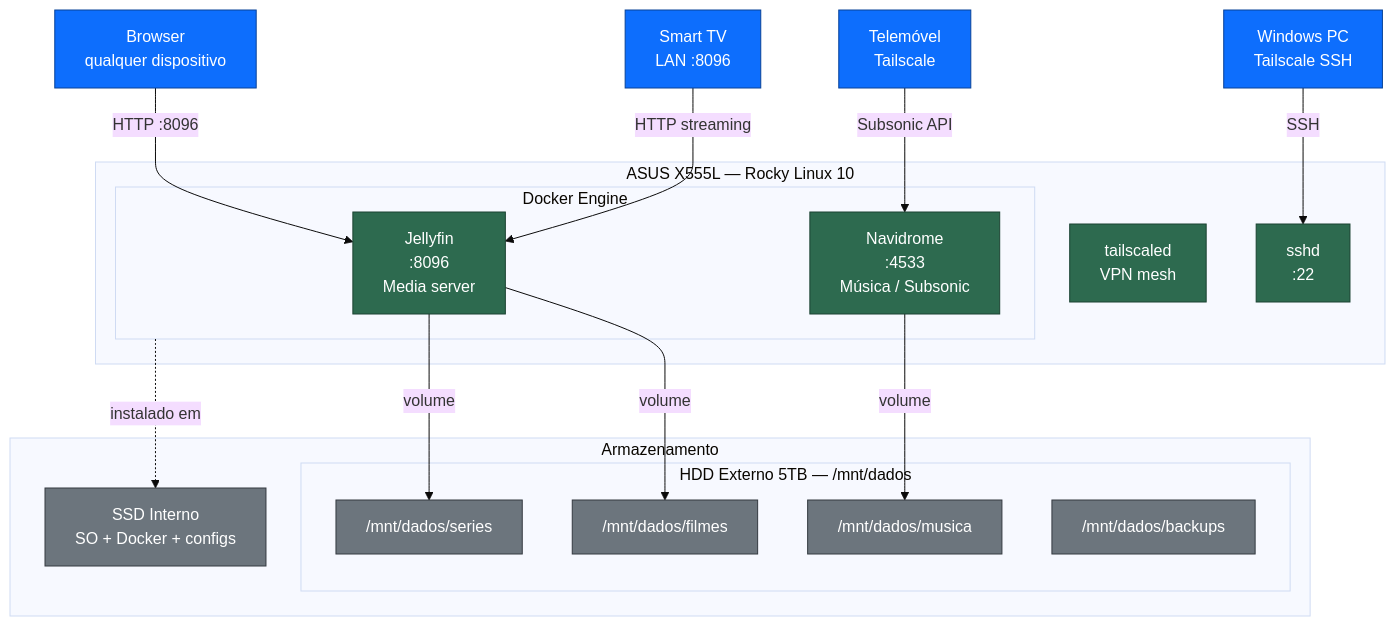
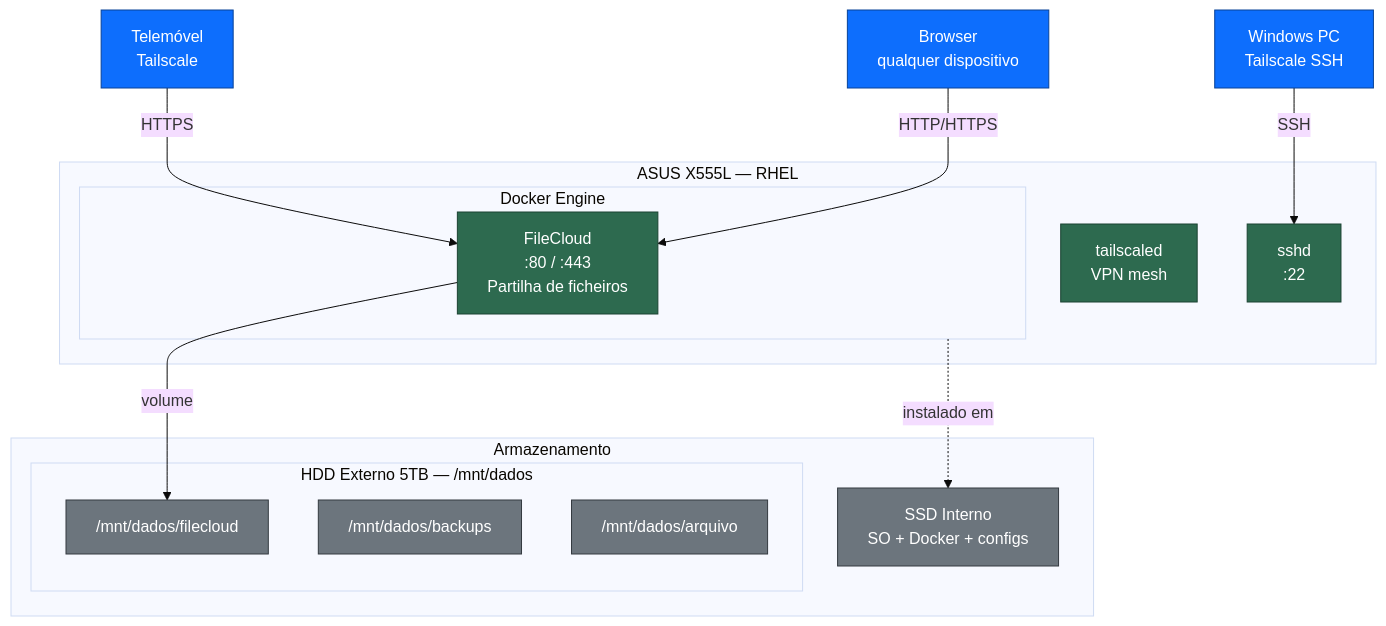
The second of 3 diagrams in docs/diagrama-rede.md (Kroatoan1979/001-26-home-server), drawn with Mermaid (base theme) before and after one commit. The commit also changed other lines of this file and 28 other files, not shown here.

First line of the commit message:
docs: planear migração Rocky Linux -> RHEL e substituir Jellyfin/Navidrome por FileCloud

````diff
--- a/docs/diagrama-rede.md
+++ b/docs/diagrama-rede.md
@@ -61,42 +59,36 @@
 ```mermaid
 graph TB
-    subgraph Server["ASUS X555L — Rocky Linux 10"]
+    subgraph Server["ASUS X555L — RHEL"]
         Tailscaled["tailscaled\nVPN mesh"]
         SSHD["sshd\n:22"]
 
         subgraph Docker["Docker Engine"]
-            Jellyfin["Jellyfin\n:8096\nMedia server"]
-            Navidrome["Navidrome\n:4533\nMúsica / Subsonic"]
+            FileCloud["FileCloud\n:80 / :443\nPartilha de ficheiros"]
         end
     end
 
     subgraph Storage["Armazenamento"]
         SSD_int["SSD Interno\nSO + Docker + configs"]
         subgraph HDD_ext["HDD Externo 5TB — /mnt/dados"]
-            Filmes["/mnt/dados/filmes"]
-            Series["/mnt/dados/series"]
-            Musica["/mnt/dados/musica"]
+            FCData["/mnt/dados/filecloud"]
             Backups["/mnt/dados/backups"]
+            Arquivo["/mnt/dados/arquivo"]
         end
     end
 
     Docker -.->|"instalado em"| SSD_int
 
-    Jellyfin -->|"volume"| Filmes
-    Jellyfin -->|"volume"| Series
-    Navidrome -->|"volume"| Musica
+    FileCloud -->|"volume"| FCData
 
-    TV["Smart TV\nLAN :8096"] -->|"HTTP streaming"| Jellyfin
     WinPC["Windows PC\nTailscale SSH"] -->|"SSH"| SSHD
-    Phone["Telemóvel\nTailscale"] -->|"Subsonic API"| Navidrome
-    Browser["Browser\nqualquer dispositivo"] -->|"HTTP :8096"| Jellyfin
+    Phone["Telemóvel\nTailscale"] -->|"HTTPS"| FileCloud
+    Browser["Browser\nqualquer dispositivo"] -->|"HTTP/HTTPS"| FileCloud
 
     classDef service fill:#2d6a4f,color:#fff,stroke:#1b4332
     classDef storage fill:#6c757d,color:#fff,stroke:#343a40
     classDef client fill:#0d6efd,color:#fff,stroke:#084298
-    classDef media fill:#495057,color:#fff,stroke:#212529
 
-    class Jellyfin,Navidrome,SSHD,Tailscaled service
-    class SSD_int,Filmes,Series,Musica,Backups,Backups storage
-    class TV,WinPC,Phone,Browser client
+    class FileCloud,SSHD,Tailscaled service
+    class SSD_int,FCData,Backups,Arquivo storage
+    class WinPC,Phone,Browser client
 ```
````
